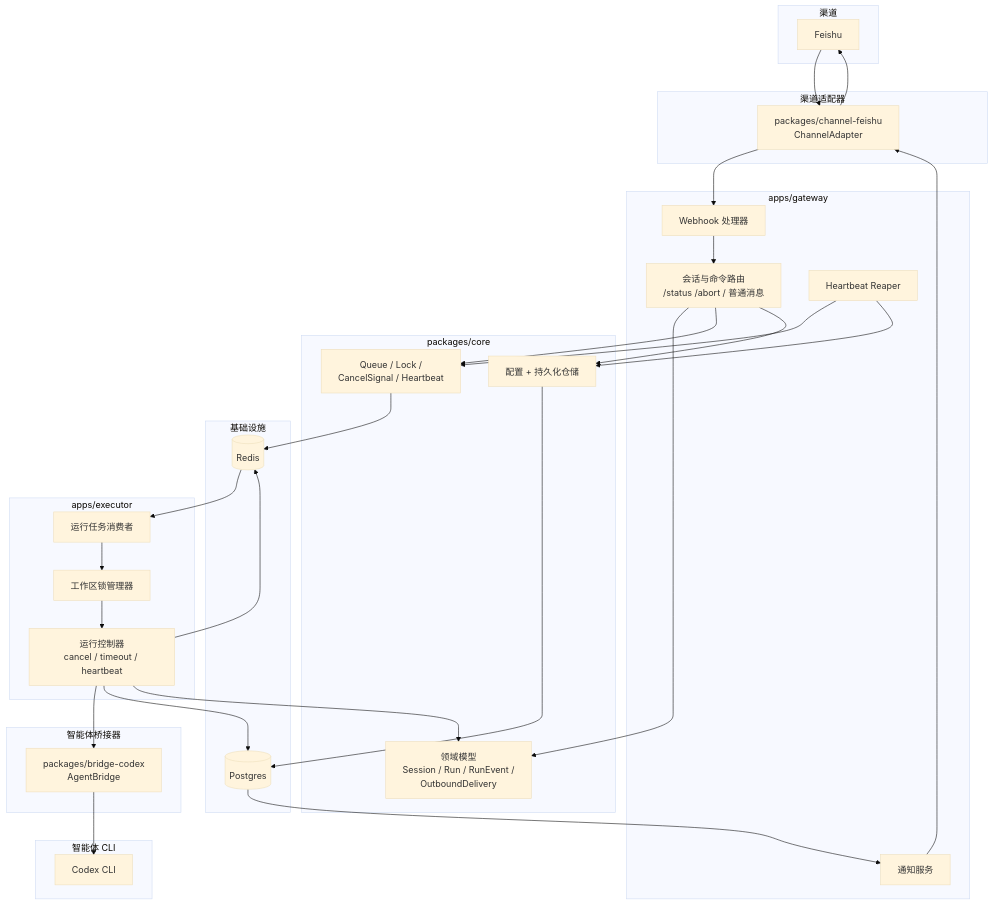
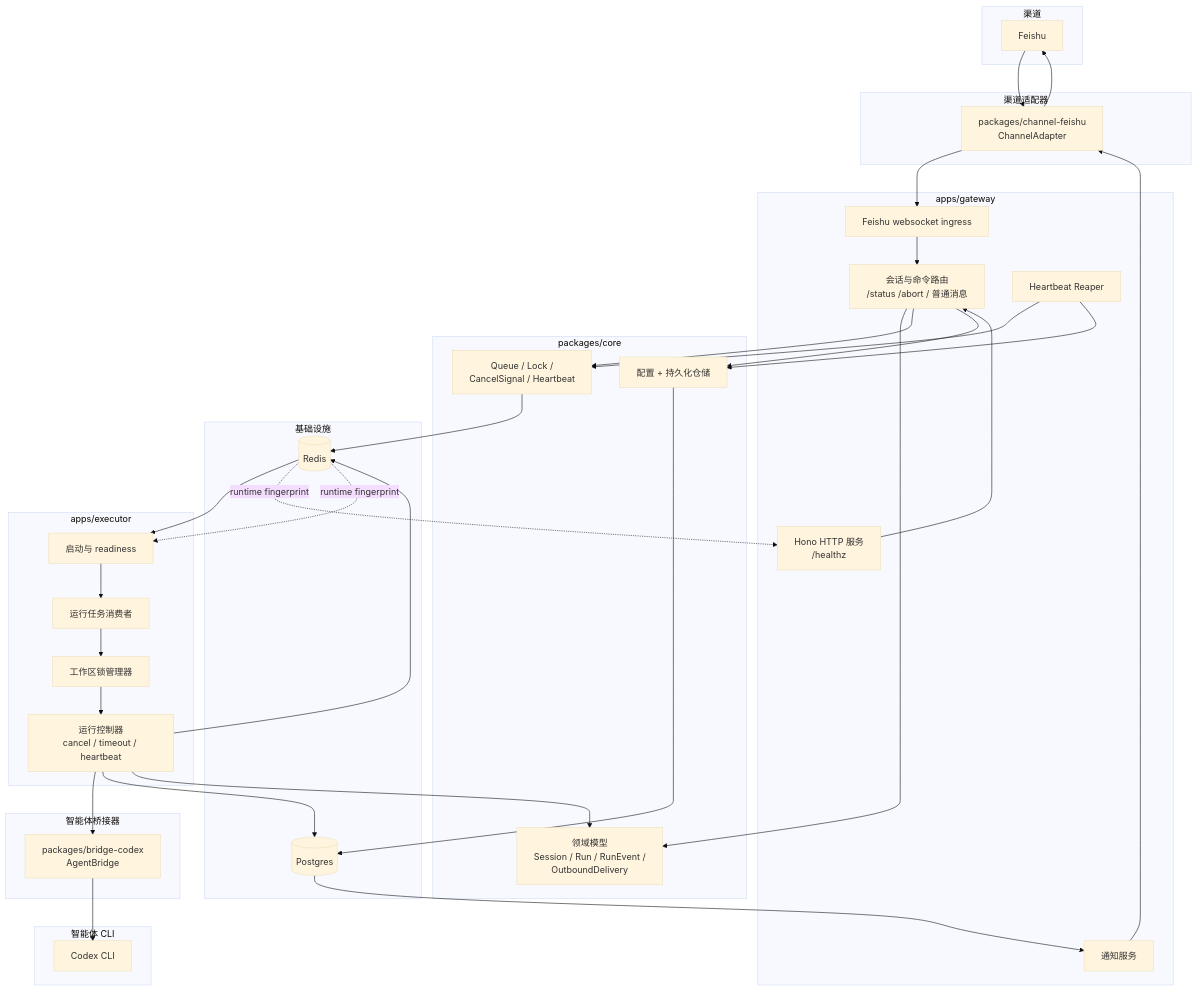
One commit to pipi-1997/carvis changed the first of 2 diagrams in docs/architecture.md. Above: the diagram before and after it, drawn with Mermaid (base theme). The commit also changed other lines of this file and 69 other files, not shown here.

Commit message:
feat: wire local feishu runtime and reaction feedback

````diff
--- a/docs/architecture.md
+++ b/docs/architecture.md
@@ -7,66 +7,72 @@
 ```mermaid
 flowchart TB
     subgraph Channels["渠道"]
         FS["Feishu"]
     end
 
     subgraph Gateway["apps/gateway"]
-        GW_WEB["Webhook 处理器"]
+        GW_HTTP["Hono HTTP 服务\n/healthz"]
+        GW_WS["Feishu websocket ingress"]
         GW_ROUTE["会话与命令路由\n/status /abort / 普通消息"]
         GW_NOTIFY["通知服务"]
         GW_REAPER["Heartbeat Reaper"]
     end
 
     subgraph ChannelPackages["渠道适配器"]
         PKG_FS["packages/channel-feishu\nChannelAdapter"]
     end
 
     subgraph Core["packages/core"]
         CORE_DOMAIN["领域模型\nSession / Run / RunEvent /\nOutboundDelivery"]
         CORE_RUNTIME["Queue / Lock /\nCancelSignal / Heartbeat"]
         CORE_STORE["配置 + 持久化仓储"]
     end
 
     subgraph Infra["基础设施"]
         PG[("Postgres")]
         RD[("Redis")]
     end
 
     subgraph Executor["apps/executor"]
+        EX_BOOT["启动与 readiness"]
         EX_QUEUE["运行任务消费者"]
         EX_LOCK["工作区锁管理器"]
         EX_CTRL["运行控制器\ncancel / timeout / heartbeat"]
     end
 
     subgraph Bridges["智能体桥接器"]
         BR_CX["packages/bridge-codex\nAgentBridge"]
     end
 
     subgraph Agents["智能体 CLI"]
         CX["Codex CLI"]
     end
 
-    FS --> PKG_FS --> GW_WEB
+    FS --> PKG_FS --> GW_WS
+    GW_HTTP --> GW_ROUTE
+    GW_WS --> GW_ROUTE
 
-    GW_WEB --> GW_ROUTE
     GW_ROUTE --> CORE_DOMAIN
     GW_ROUTE --> CORE_RUNTIME
     GW_ROUTE --> CORE_STORE
     GW_REAPER --> CORE_RUNTIME
     GW_REAPER --> CORE_STORE
 
     CORE_STORE --> PG
     CORE_RUNTIME --> RD
 
-    RD --> EX_QUEUE
+    RD --> EX_BOOT --> EX_QUEUE
     EX_QUEUE --> EX_LOCK
     EX_LOCK --> EX_CTRL
     EX_CTRL --> BR_CX --> CX
 
     EX_CTRL --> RD
     EX_CTRL --> PG
     EX_CTRL --> CORE_DOMAIN
 
     PG --> GW_NOTIFY
     GW_NOTIFY --> PKG_FS --> FS
+
+    RD -. runtime fingerprint .-> GW_HTTP
+    RD -. runtime fingerprint .-> EX_BOOT
 ```
````
